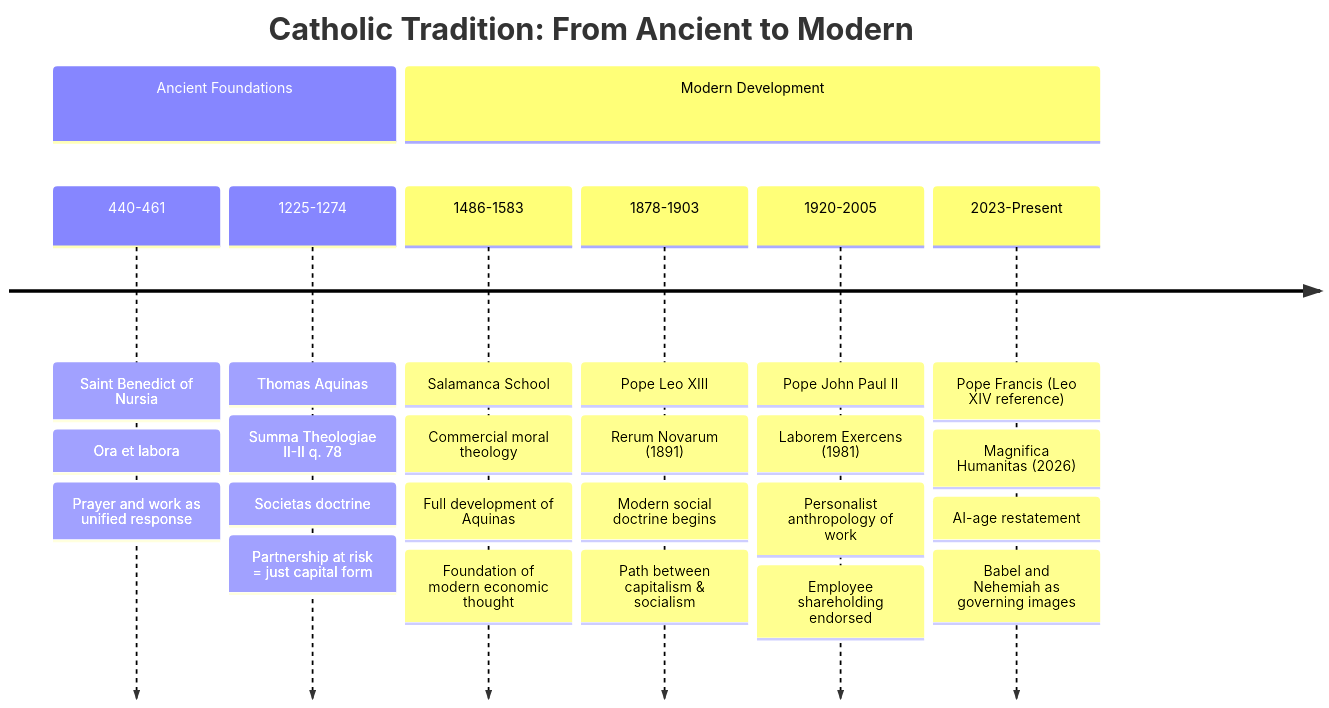
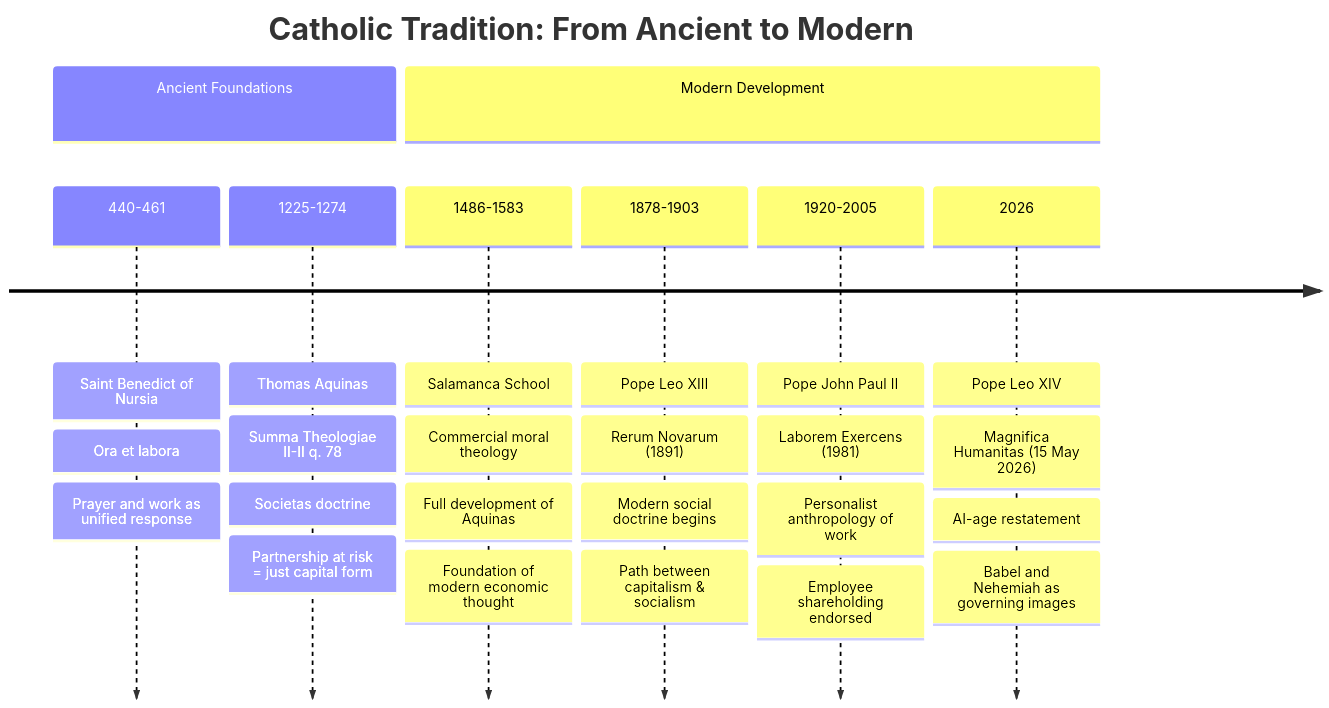
One commit to Oranburg/LEP changed the diagram in _pages/lineage-timeline.md. Above: the diagram before and after it, drawn with Mermaid. The commit also changed other lines of this file and 1 other file, not shown here.

Commit message:
Remove floating "On this page" TOC; fix Francis/Leo XIV attribution
Two issues.

1. The Copilot table-of-contents include was rendering a "On this
   page" floating panel on every page with layout: page, including
   pages where it makes no sense (short pages, doorway pages, home).
   The user reports it as distracting and not useful. Removed the
   include from default.html, along with the breadcrumbs and related-
   content includes that were producing similar low-value navigational
   noise. The main content area is now just {{ content }}.

2. Lineage-timeline still had two places mis-attributing Magnifica
   Humanitas to Pope Francis instead of Pope Leo XIV: the Mermaid
   timeline label ("2023-Present: Pope Francis (Leo XIV reference)")
   and the primary-sources list. Both corrected to Leo XIV.

````diff
--- a/_pages/lineage-timeline.md
+++ b/_pages/lineage-timeline.md
@@ -16,31 +16,31 @@
 ```mermaid
 timeline
     title Catholic Tradition: From Ancient to Modern
     
     section Ancient Foundations
         440-461: Saint Benedict of Nursia
             : Ora et labora
             : Prayer and work as unified response
         1225-1274: Thomas Aquinas
             : Summa Theologiae II-II q. 78
             : Societas doctrine
             : Partnership at risk = just capital form
     
     section Modern Development
         1486-1583: Salamanca School
             : Commercial moral theology
             : Full development of Aquinas
             : Foundation of modern economic thought
         1878-1903: Pope Leo XIII
             : Rerum Novarum (1891)
             : Modern social doctrine begins
             : Path between capitalism & socialism
         1920-2005: Pope John Paul II
             : Laborem Exercens (1981)
             : Personalist anthropology of work
             : Employee shareholding endorsed
-        2023-Present: Pope Francis (Leo XIV reference)
-            : Magnifica Humanitas (2026)
+        2026: Pope Leo XIV
+            : Magnifica Humanitas (15 May 2026)
             : AI-age restatement
             : Babel and Nehemiah as governing images
 ```
````
